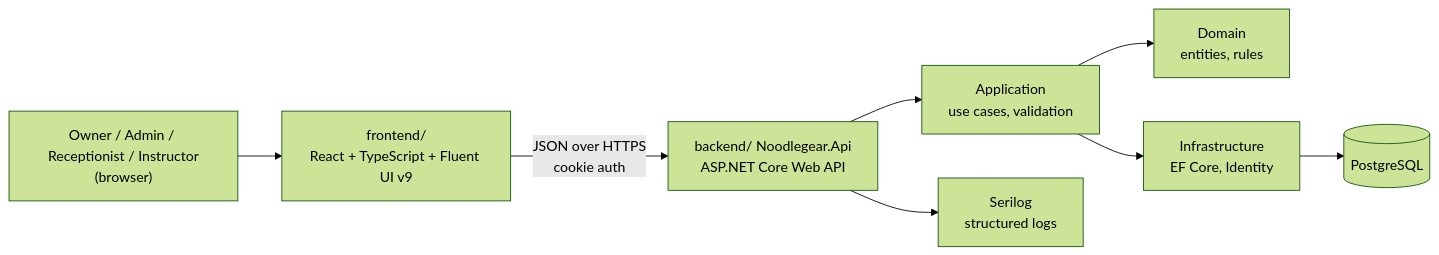
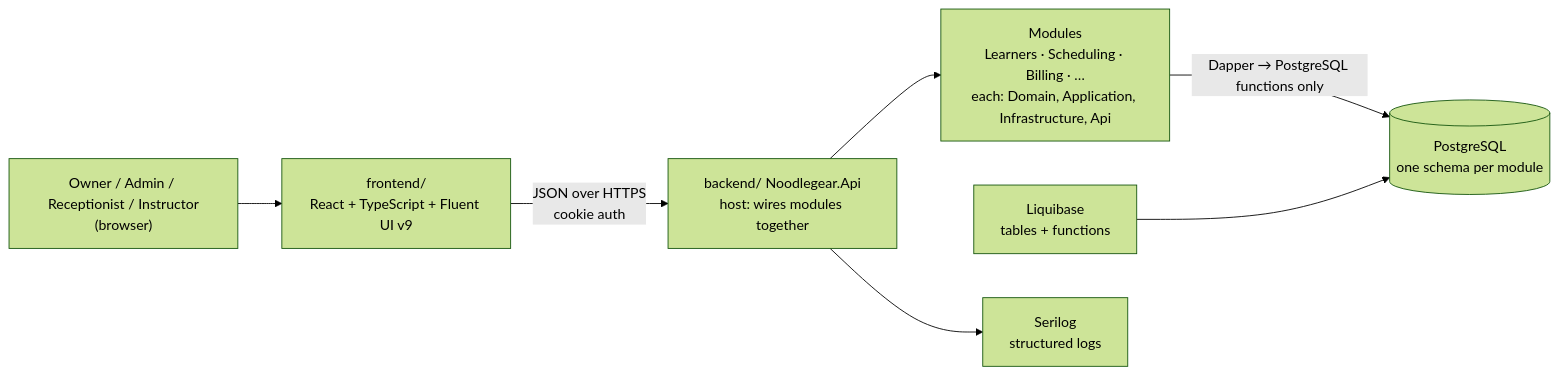
The first of 2 diagrams in docs/architecture.md (PKChu568/Noodlegear), drawn with Mermaid (forest theme) before and after one commit. The commit also changed other lines of this file and 2 other files, not shown here.

Commit message:
docs: switch backend to modular monolith with Liquibase, PostgreSQL functions and Dapper

````diff
--- a/docs/architecture.md
+++ b/docs/architecture.md
@@ -19,11 +20,10 @@
 ```mermaid
 flowchart LR
     U["Owner / Admin / Receptionist / Instructor<br/>(browser)"]
     U --> FE["frontend/<br/>React + TypeScript + Fluent UI v9"]
-    FE -- "JSON over HTTPS<br/>cookie auth" --> API["backend/ Noodlegear.Api<br/>ASP.NET Core Web API"]
-    API --> APP["Application<br/>use cases, validation"]
-    APP --> DOM["Domain<br/>entities, rules"]
-    APP --> INF["Infrastructure<br/>EF Core, Identity"]
-    INF --> DB[("PostgreSQL")]
+    FE -- "JSON over HTTPS<br/>cookie auth" --> API["backend/ Noodlegear.Api<br/>host: wires modules together"]
+    API --> MODS["Modules<br/>Learners · Scheduling · Billing · …<br/>each: Domain, Application, Infrastructure, Api"]
+    MODS -- "Dapper → PostgreSQL functions only" --> DB[("PostgreSQL<br/>one schema per module")]
+    LB["Liquibase<br/>tables + functions"] --> DB
     API --> LOG["Serilog<br/>structured logs"]
 ```
````
